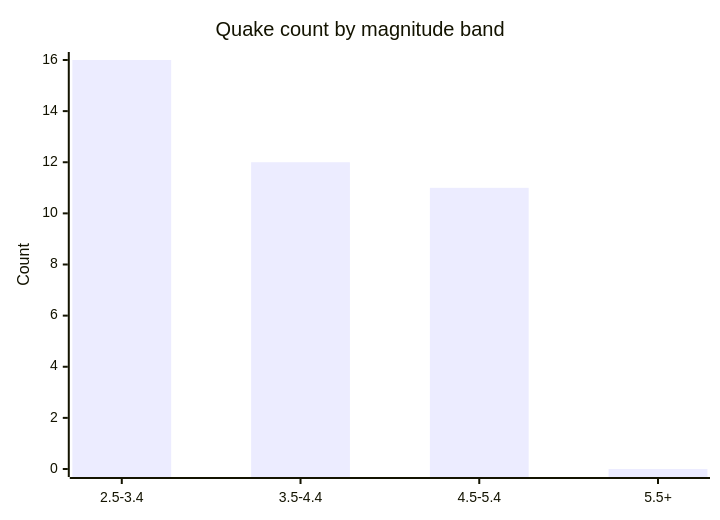
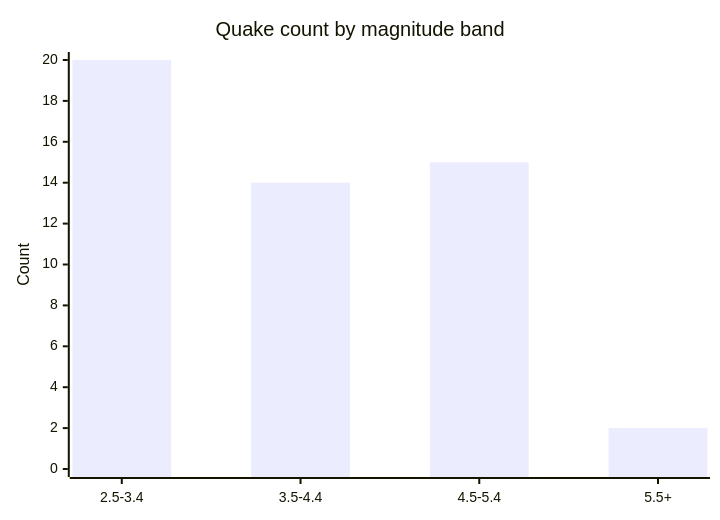
One commit to Midwest-Stratospheric/aerostratospheric-defense-gir changed the fifth of 6 diagrams in docs/GRAPHS.md. Above: the diagram before and after it, drawn with Mermaid. The commit also changed other lines of this file and 25 other files, not shown here.

````diff
--- a/docs/GRAPHS.md
+++ b/docs/GRAPHS.md
@@ -82,7 +82,7 @@
 ```mermaid
 xychart-beta
   title "Quake count by magnitude band"
   x-axis ["2.5-3.4", "3.5-4.4", "4.5-5.4", "5.5+"]
-  y-axis "Count" 0 --> 16
-  bar [16, 12, 11, 0]
+  y-axis "Count" 0 --> 20
+  bar [20, 14, 15, 2]
 ```
````
